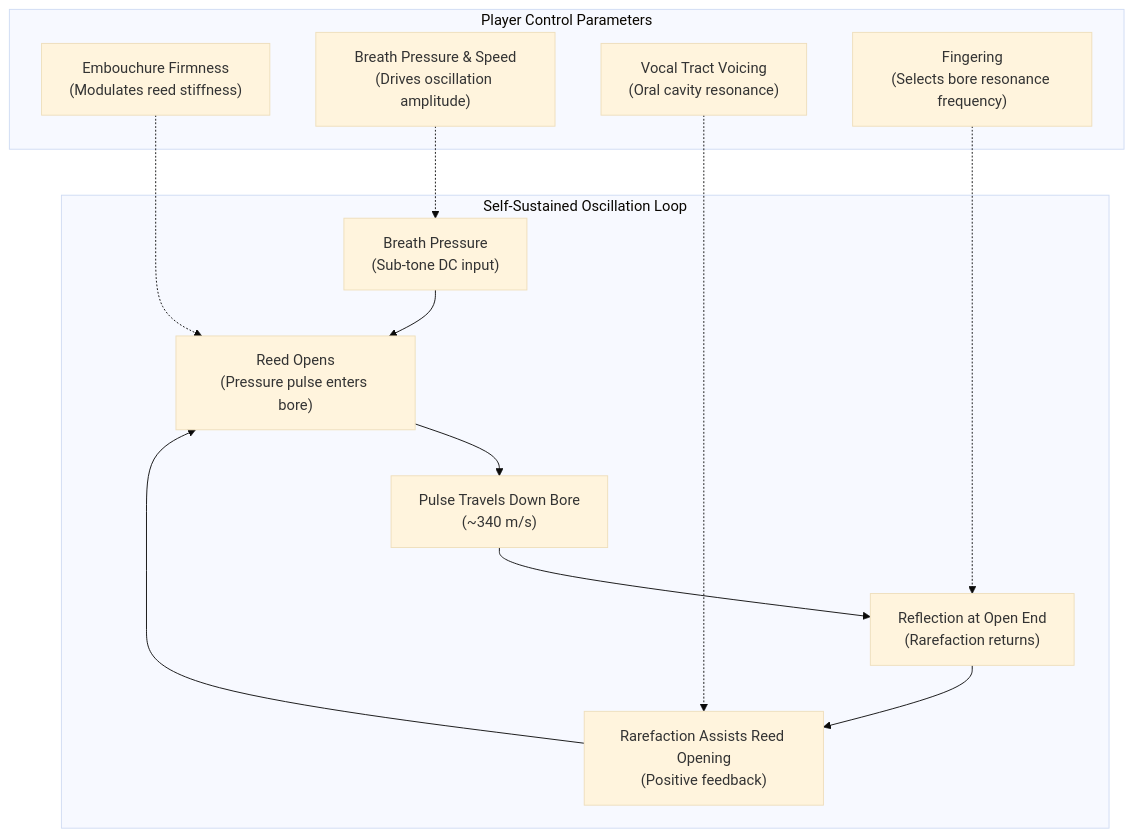
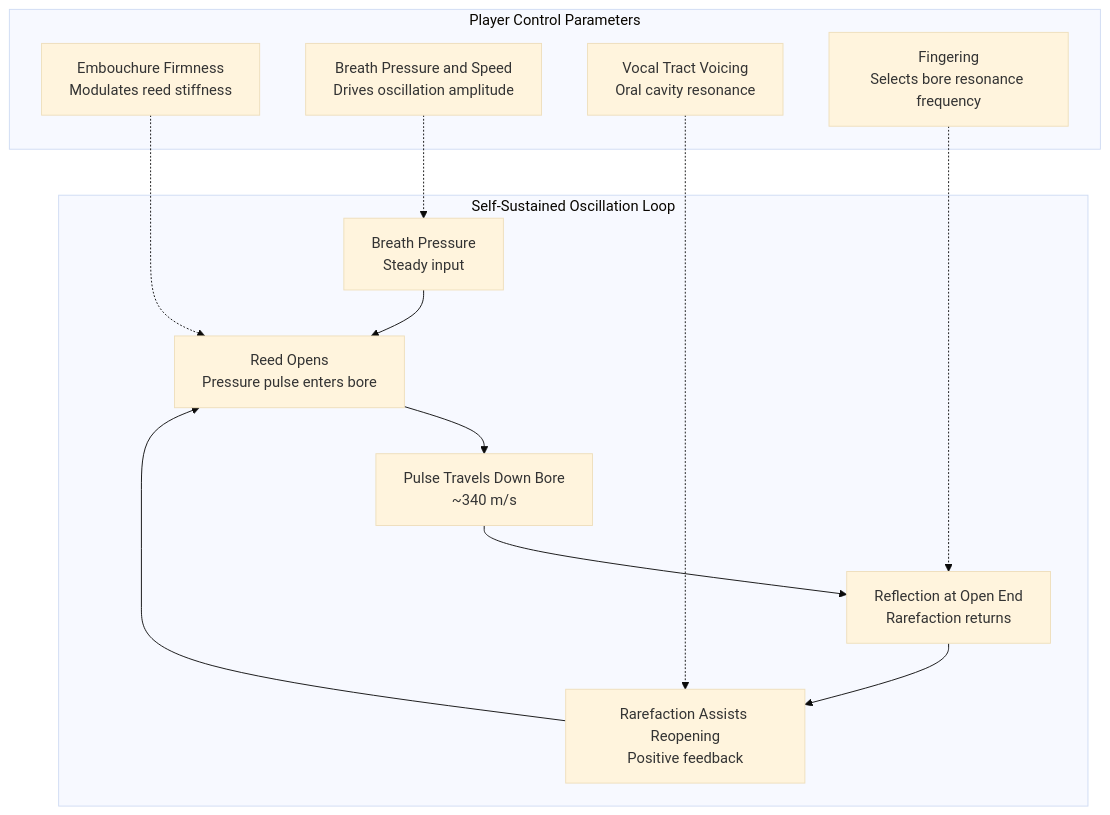
One commit to blebleblee/synapse changed the second of 3 diagrams in topics/arts/music_performance/woodwinds/labs.md. Above: the diagram before and after it, drawn with Mermaid (base theme). The commit also changed other lines of this file and 4 other files, not shown here.

````diff
--- a/topics/arts/music_performance/woodwinds/labs.md
+++ b/topics/arts/music_performance/woodwinds/labs.md
@@ -643,24 +587,24 @@
 ```mermaid
 graph TD
     subgraph sub_feedback ["Self-Sustained Oscillation Loop"]
-        A["Breath Pressure<br/>(Sub-tone DC input)"]
-        B["Reed Opens<br/>(Pressure pulse enters bore)"]
-        C["Pulse Travels Down Bore<br/>(~340 m/s)"]
-        D["Reflection at Open End<br/>(Rarefaction returns)"]
-        E["Rarefaction Assists Reed Opening<br/>(Positive feedback)"]
+        A["Breath Pressure<br/>Steady input"]
+        B["Reed Opens<br/>Pressure pulse enters bore"]
+        C["Pulse Travels Down Bore<br/>~340 m/s"]
+        D["Reflection at Open End<br/>Rarefaction returns"]
+        E["Rarefaction Assists Reopening<br/>Positive feedback"]
     end
 
     A --> B --> C --> D --> E --> B
 
     subgraph sub_control ["Player Control Parameters"]
-        F["Embouchure Firmness<br/>(Modulates reed stiffness)"]
-        G["Breath Pressure & Speed<br/>(Drives oscillation amplitude)"]
-        H["Vocal Tract Voicing<br/>(Oral cavity resonance)"]
-        I["Fingering<br/>(Selects bore resonance frequency)"]
+        F["Embouchure Firmness<br/>Modulates reed stiffness"]
+        G["Breath Pressure and Speed<br/>Drives oscillation amplitude"]
+        H["Vocal Tract Voicing<br/>Oral cavity resonance"]
+        I["Fingering<br/>Selects bore resonance frequency"]
     end
 
     F -.-> B
     G -.-> A
     H -.-> E
     I -.-> D
 ```
````
